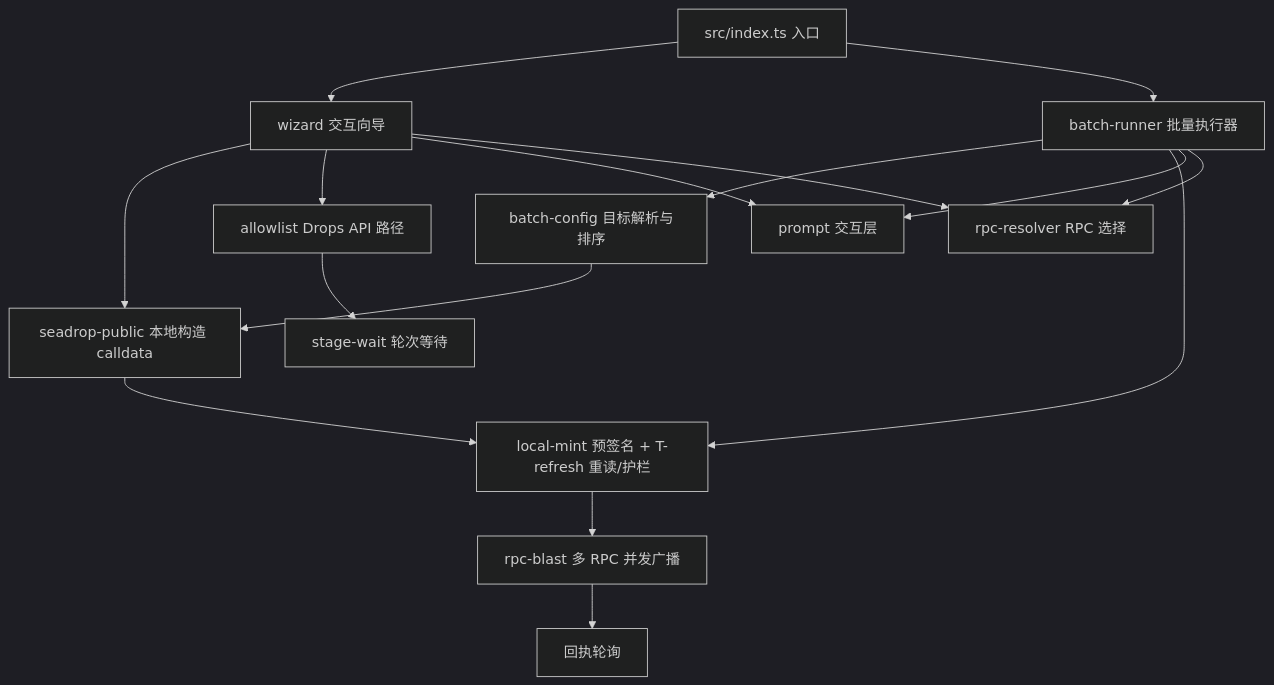
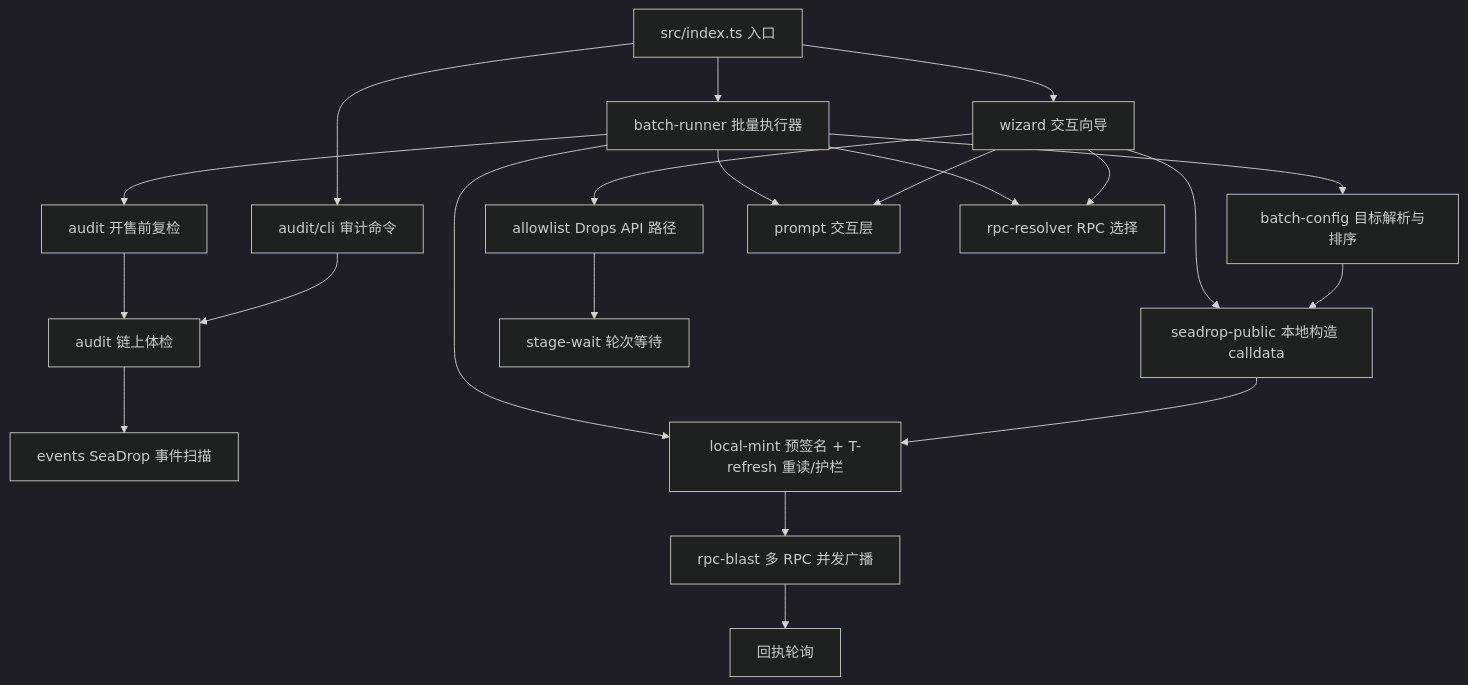
One commit to journeyanhk/opensea-nft-public-mint changed the first of 2 diagrams in helloagents/wiki/arch.md. Above: the diagram before and after it, drawn with Mermaid (dark theme). The commit also changed other lines of this file and 24 other files, not shown here.

````diff
--- a/helloagents/wiki/arch.md
+++ b/helloagents/wiki/arch.md
@@ -4,18 +4,23 @@
 ```mermaid
 flowchart TD
     A[src/index.ts 入口] --> B[wizard 交互向导]
     A --> N[batch-runner 批量执行器]
+    A --> P[audit/cli 审计命令]
     N --> O[batch-config 目标解析与排序]
+    N --> Q[audit 开售前复检]
+    P --> R[audit 链上体检]
+    R --> S[events SeaDrop 事件扫描]
+    Q --> R
     O --> C
     B --> C[seadrop-public 本地构造 calldata]
     B --> D[allowlist Drops API 路径]
     C --> E[local-mint 预签名 + T-refresh 重读/护栏]
     N --> E
     E --> F[rpc-blast 多 RPC 并发广播]
     F --> G[回执轮询]
     D --> H[stage-wait 轮次等待]
     B --> I[prompt 交互层]
     N --> I
     B --> J[rpc-resolver RPC 选择]
     N --> J
 ```
````
